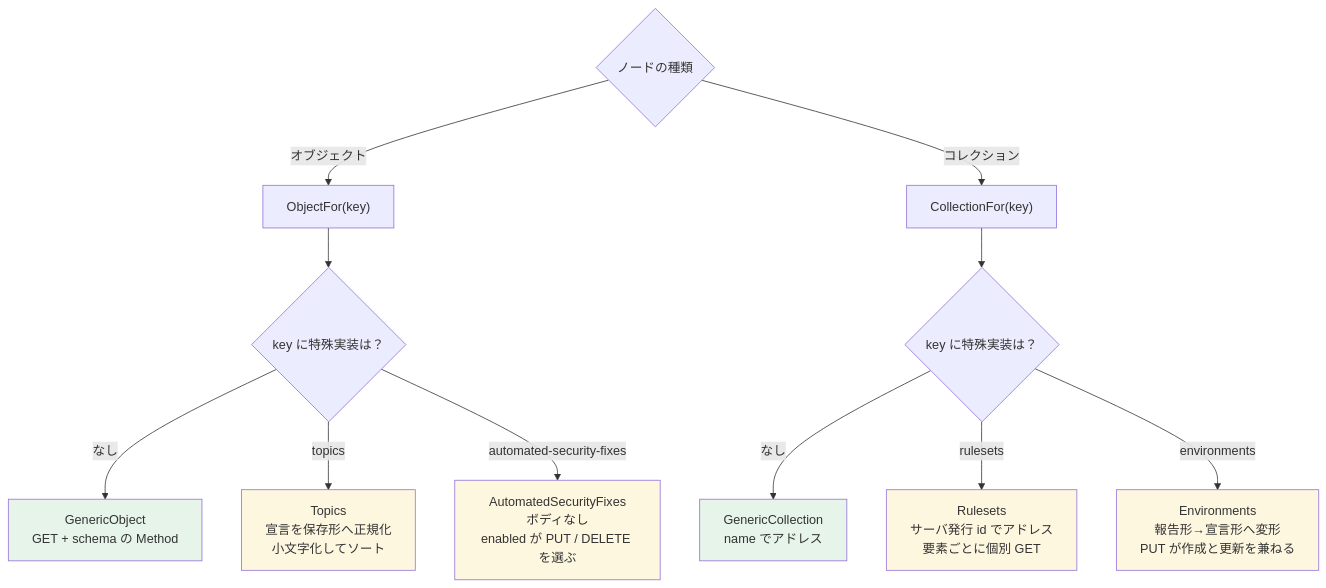
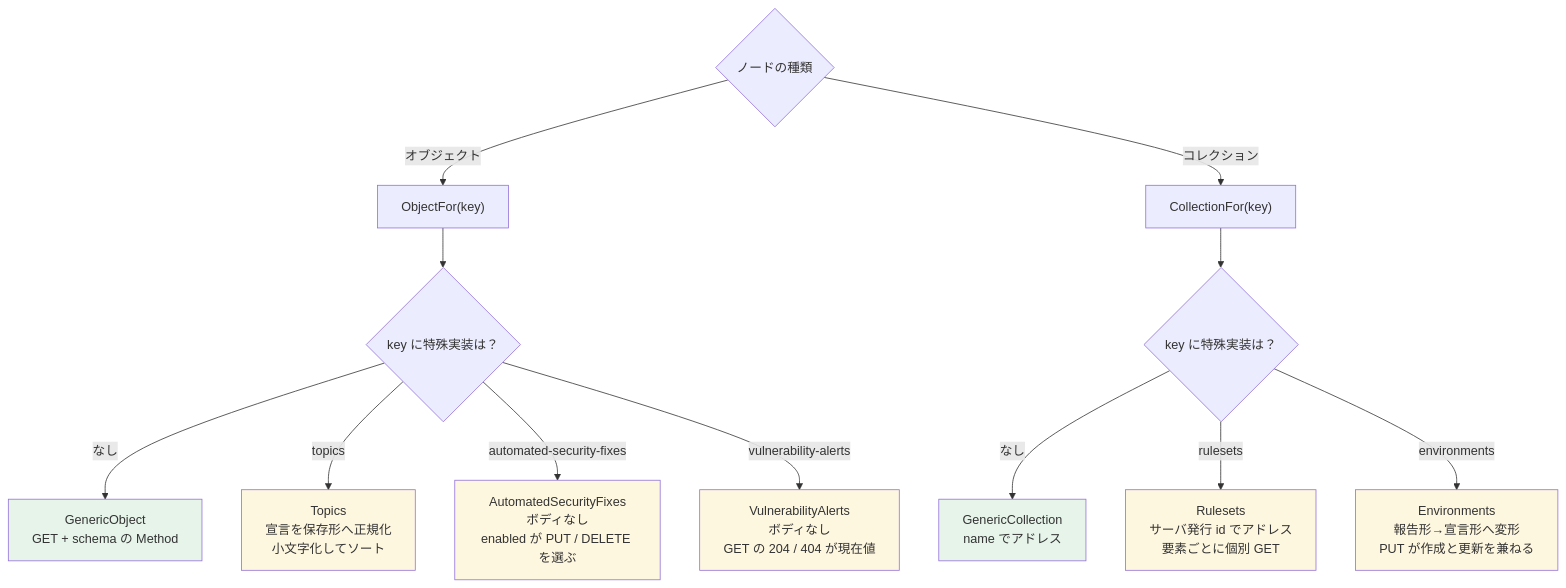
One commit to kota65535/ghs changed the fourth of 5 diagrams in docs/architecture.md. Above: the diagram before and after it, drawn with Mermaid. The commit also changed other lines of this file and 8 other files, not shown here.

````diff
--- a/docs/architecture.md
+++ b/docs/architecture.md
@@ -112,22 +112,24 @@
 ```mermaid
 graph TD
     Q{"ノードの種類"}
     Q -->|オブジェクト| O["ObjectFor(key)"]
     Q -->|コレクション| CO["CollectionFor(key)"]
 
     O --> OG0{"key に特殊実装は？"}
     OG0 -->|なし| OG["GenericObject<br/>GET + schema の Method"]
     OG0 -->|topics| TP["Topics<br/>宣言を保存形へ正規化<br/>小文字化してソート"]
     OG0 -->|automated-security-fixes| SF["AutomatedSecurityFixes<br/>ボディなし<br/>enabled が PUT / DELETE を選ぶ"]
+    OG0 -->|vulnerability-alerts| VA["VulnerabilityAlerts<br/>ボディなし<br/>GET の 204 / 404 が現在値"]
     CO --> CG{"key に特殊実装は？"}
     CG -->|なし| GC["GenericCollection<br/>name でアドレス"]
     CG -->|rulesets| RS["Rulesets<br/>サーバ発行 id でアドレス<br/>要素ごとに個別 GET"]
     CG -->|environments| EN["Environments<br/>報告形→宣言形へ変形<br/>PUT が作成と更新を兼ねる"]
 
     style OG fill:#e6f4ea
     style GC fill:#e6f4ea
     style TP fill:#fef7e0
     style SF fill:#fef7e0
+    style VA fill:#fef7e0
     style RS fill:#fef7e0
     style EN fill:#fef7e0
 ```
````
